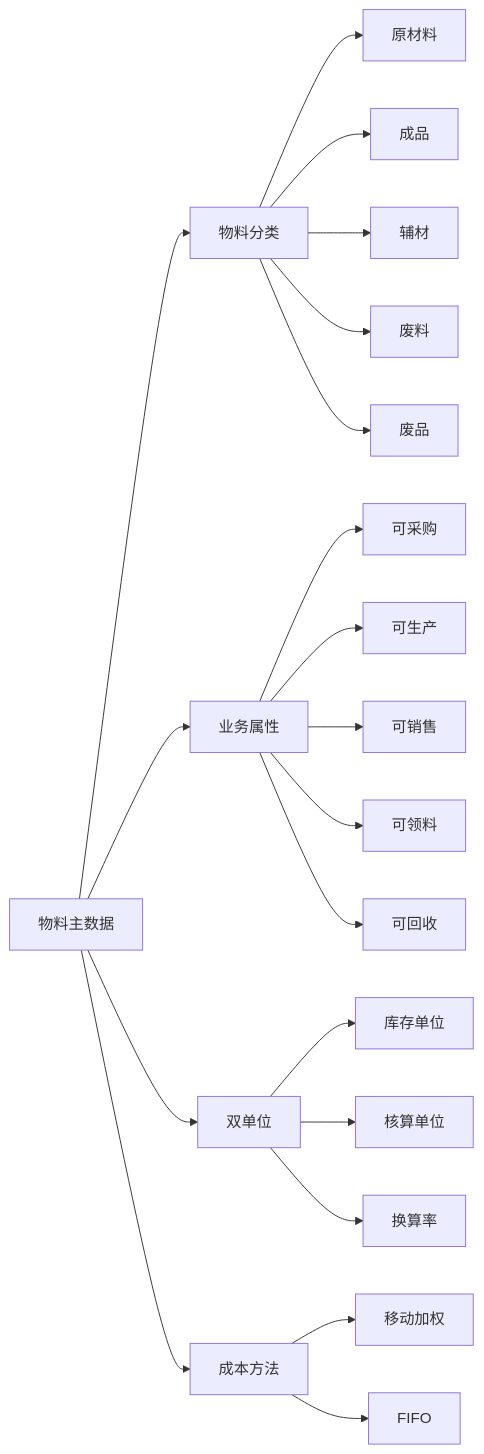
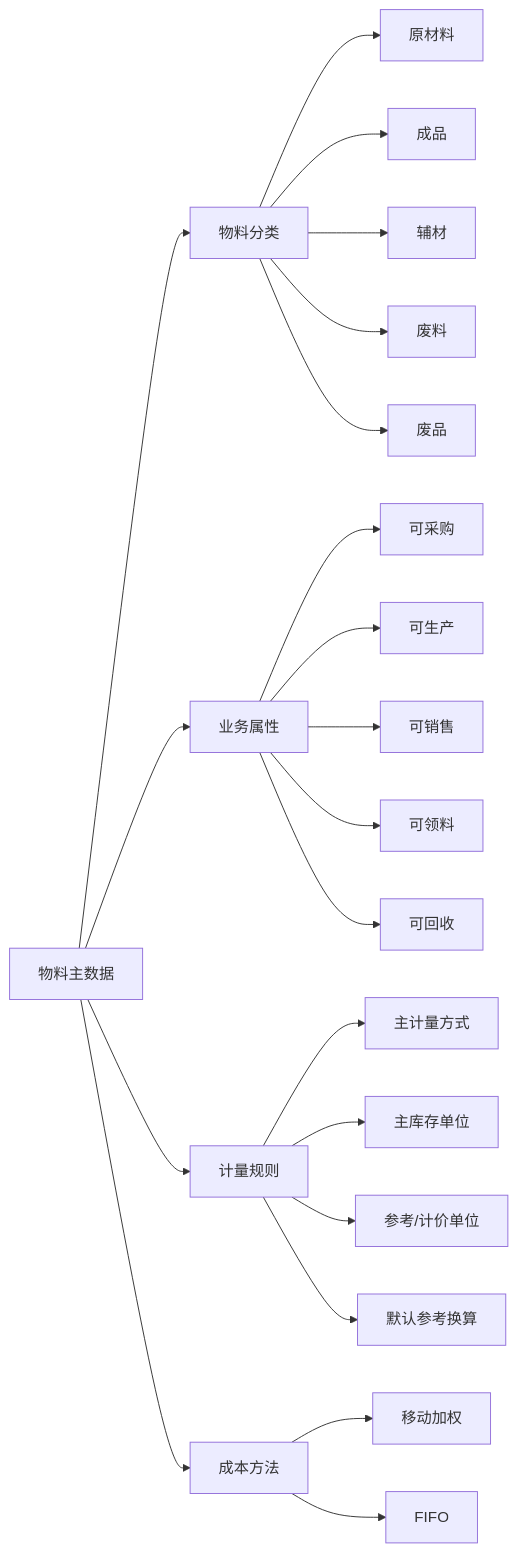
The sixth of 15 diagrams in docs/minierp/system-function-flow.md (goldf2/mes-lite), drawn with Mermaid before and after one commit. The commit also changed other lines of this file and 41 other files, not shown here.

Commit message:
feat: add primary material measurement flow

````diff
--- a/docs/minierp/system-function-flow.md
+++ b/docs/minierp/system-function-flow.md
@@ -200,25 +200,26 @@
 ```mermaid
 flowchart LR
   M["物料主数据"] --> C["物料分类"]
   C --> C1["原材料"]
   C --> C2["成品"]
   C --> C3["辅材"]
   C --> C4["废料"]
   C --> C5["废品"]
 
   M --> A["业务属性"]
   A --> A1["可采购"]
   A --> A2["可生产"]
   A --> A3["可销售"]
   A --> A4["可领料"]
   A --> A5["可回收"]
 
-  M --> U["双单位"]
-  U --> U1["库存单位"]
-  U --> U2["核算单位"]
-  U --> U3["换算率"]
+  M --> U["计量规则"]
+  U --> U1["主计量方式"]
+  U --> U2["主库存单位"]
+  U --> U3["参考/计价单位"]
+  U --> U4["默认参考换算"]
 
   M --> K["成本方法"]
   K --> K1["移动加权"]
   K --> K2["FIFO"]
 ```
````
